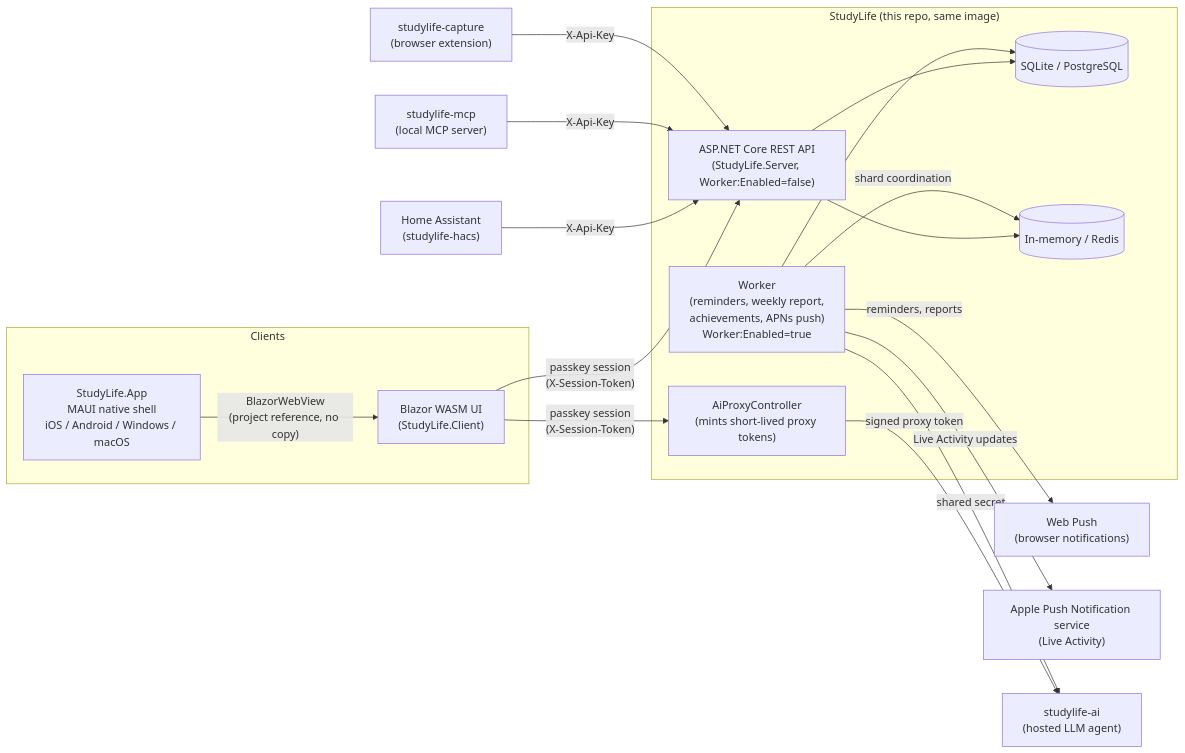
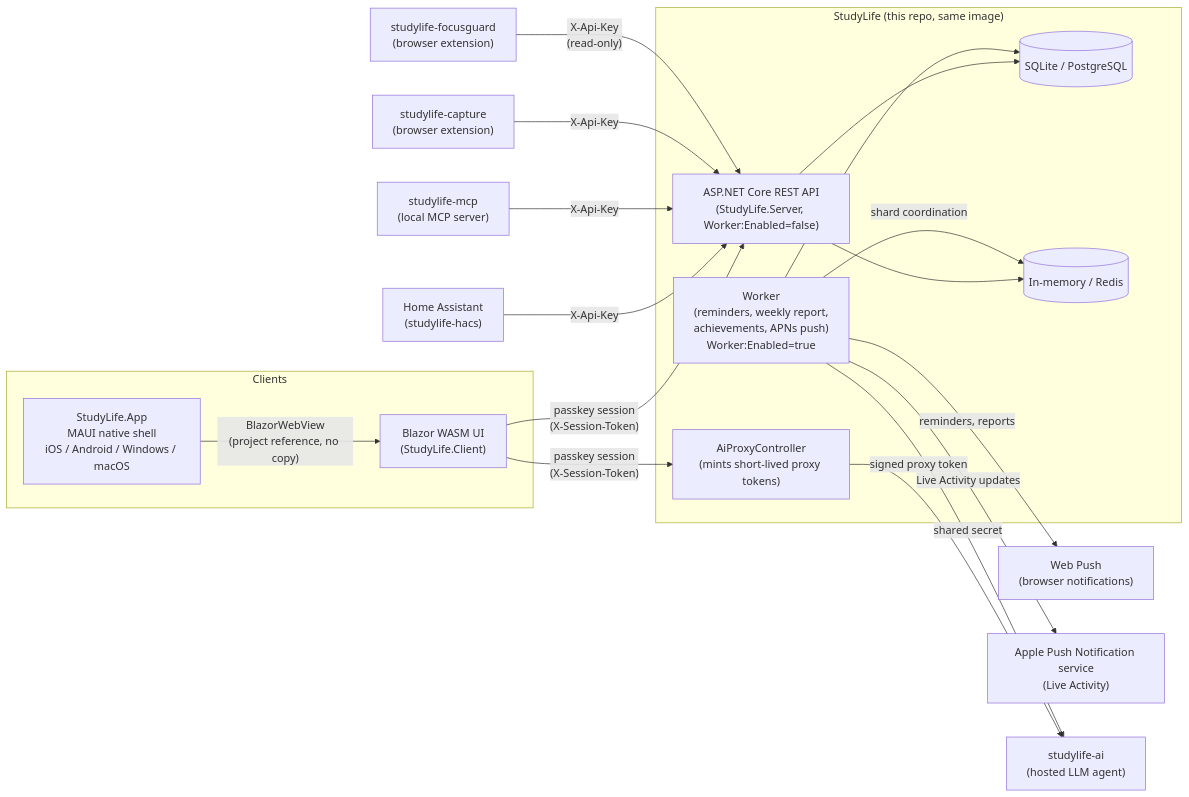
Before and after one commit to lukislp/studylife: the diagram in README.md, drawn with Mermaid. The commit also changed other lines of this file, not shown here.

Commit message:
docs: add studylife-focusguard to the README (add-ons, diagram, security)

````diff
--- a/README.md
+++ b/README.md
@@ -24,37 +24,39 @@
 ```mermaid
 flowchart LR
     subgraph Clients["Clients"]
         BlazorUI["Blazor WASM UI\n(StudyLife.Client)"]
         MauiApp["StudyLife.App\nMAUI native shell\niOS / Android / Windows / macOS"]
     end
 
     subgraph StudyLife["StudyLife (this repo, same image)"]
         API["ASP.NET Core REST API\n(StudyLife.Server, Worker:Enabled=false)"]
         AiProxy["AiProxyController\n(mints short-lived proxy tokens)"]
         Worker["Worker\n(reminders, weekly report,\nachievements, APNs push)\nWorker:Enabled=true"]
         DB[("SQLite / PostgreSQL")]
         Cache[("In-memory / Redis")]
     end
 
     WebPush["Web Push\n(browser notifications)"]
     APNs["Apple Push Notification service\n(Live Activity)"]
     HomeAssistant["Home Assistant\n(studylife-hacs)"]
     Mcp["studylife-mcp\n(local MCP server)"]
     StudyLifeAI["studylife-ai\n(hosted LLM agent)"]
     Capture["studylife-capture\n(browser extension)"]
+    FocusGuard["studylife-focusguard\n(browser extension)"]
 
     MauiApp -- "BlazorWebView\n(project reference, no copy)" --> BlazorUI
     BlazorUI -- "passkey session\n(X-Session-Token)" --> API
     BlazorUI -- "passkey session\n(X-Session-Token)" --> AiProxy
     AiProxy -- "signed proxy token" --> StudyLifeAI
     API --> DB
     API --> Cache
     Worker --> DB
     Worker -- "shard coordination" --> Cache
     Worker -- "reminders, reports" --> WebPush
     Worker -- "Live Activity updates" --> APNs
     Worker -- "shared secret" --> StudyLifeAI
     HomeAssistant -- "X-Api-Key" --> API
     Mcp -- "X-Api-Key" --> API
     Capture -- "X-Api-Key" --> API
+    FocusGuard -- "X-Api-Key\n(read-only)" --> API
 ```
````
